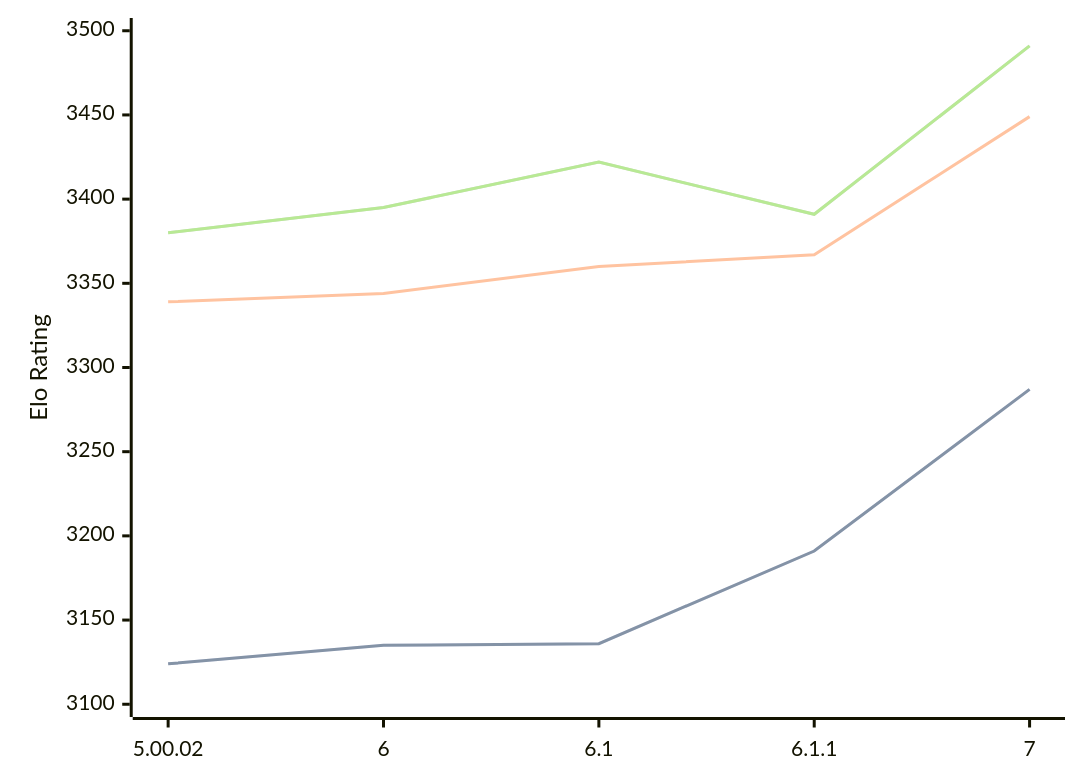
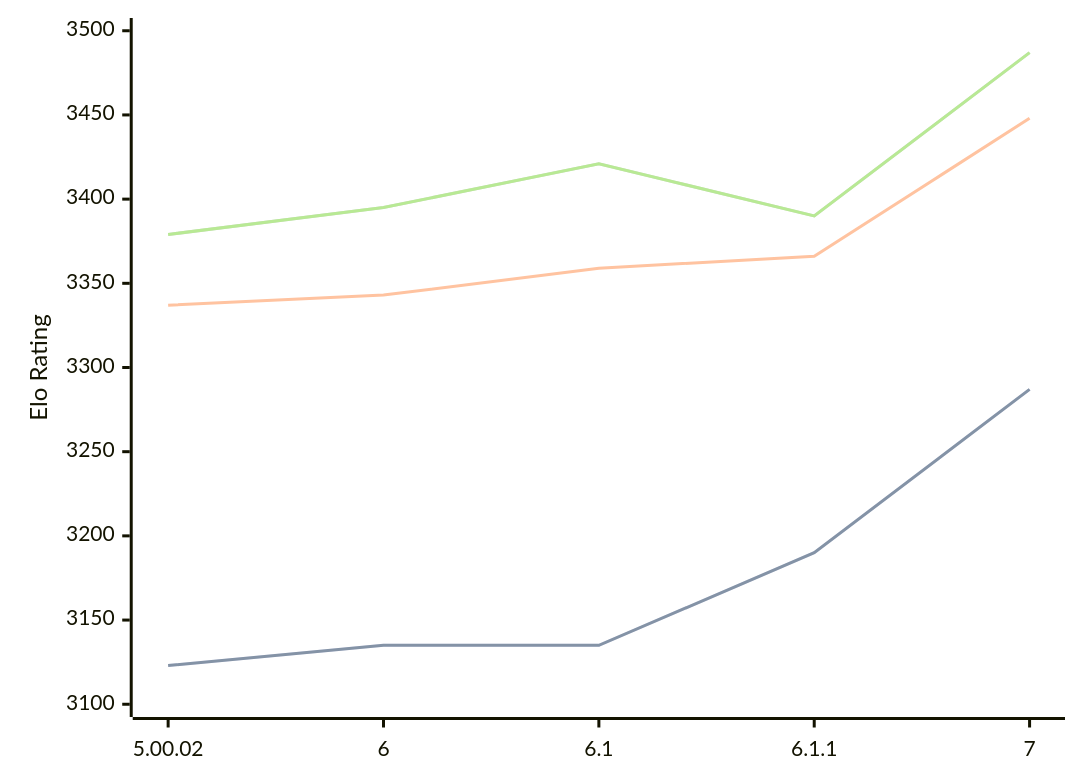
The diagram in engines/Zangdar.md (computer-chess-index/cci), drawn with Mermaid before and after one commit. The commit also changed other lines of this file, not shown here.

Commit message:
Update CCI Ratings (ELO VLTC) - 2026-08-04

````diff
--- a/engines/Zangdar.md
+++ b/engines/Zangdar.md
@@ -47,11 +47,11 @@
 ```mermaid
 %%{init: {"theme":"base","themeVariables":{"seriesColors:['#a3a3a3','#222221','#faa371']}}}%%
 xychart-beta
   x-axis ["5.00.02", "6", "6.1", "6.1.1", "7"]
   y-axis "Elo Rating" 3100 --> 3500
-  line "STC (8.0+0.08s)" [3124, 3135, 3136, 3191, 3287]
-  line "STC (8.0+0.08s)" [3124, 3135, 3136, 3191, 3287]
-  line "LTC (60.0+0.60s)" [3339, 3344, 3360, 3367, 3449]
-  line "VLTC (2m24s+1.12s)" [3380, 3395, 3422, 3391, 3491]
-  line "VLTC (2m24s+1.12s)" [3380, 3395, 3422, 3391, 3491]
+  line "STC (8.0+0.08s)" [3123, 3135, 3135, 3190, 3287]
+  line "STC (8.0+0.08s)" [3123, 3135, 3135, 3190, 3287]
+  line "LTC (60.0+0.60s)" [3337, 3343, 3359, 3366, 3448]
+  line "VLTC (2m24s+1.12s)" [3379, 3395, 3421, 3390, 3487]
+  line "VLTC (2m24s+1.12s)" [3379, 3395, 3421, 3390, 3487]
 ```
````
